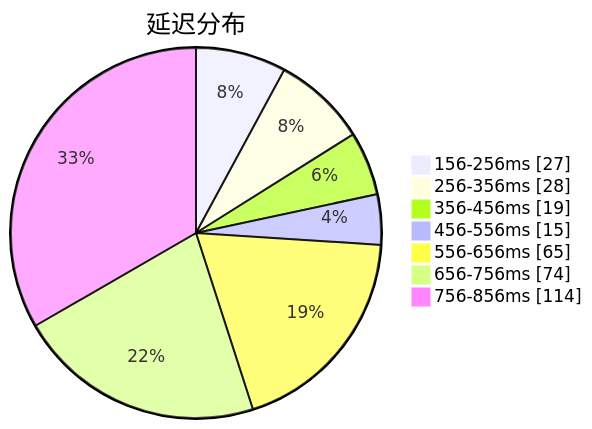
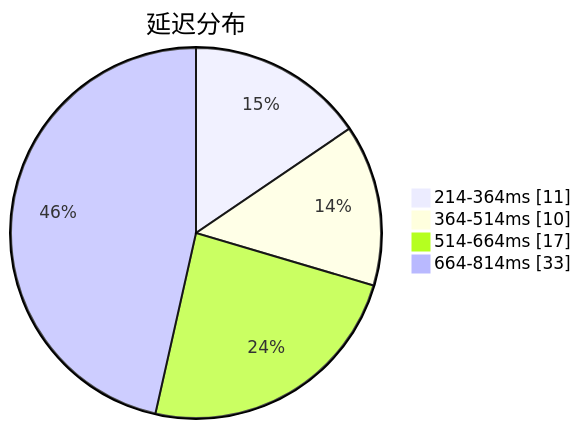
The first of 3 diagrams in subs/statistics/tested_within.md (qjlxg/airport), drawn with Mermaid before and after one commit. The commit also changed other lines of this file and 2 other files, not shown here.

````diff
--- a/subs/statistics/tested_within.md
+++ b/subs/statistics/tested_within.md
@@ -2,11 +2,8 @@
 ```mermaid
 pie showData
 title 延迟分布
-"156-256ms" : 27
-"256-356ms" : 28
-"356-456ms" : 19
-"456-556ms" : 15
-"556-656ms" : 65
-"656-756ms" : 74
-"756-856ms" : 114
+"214-364ms" : 11
+"364-514ms" : 10
+"514-664ms" : 17
+"664-814ms" : 33
 ```
````
